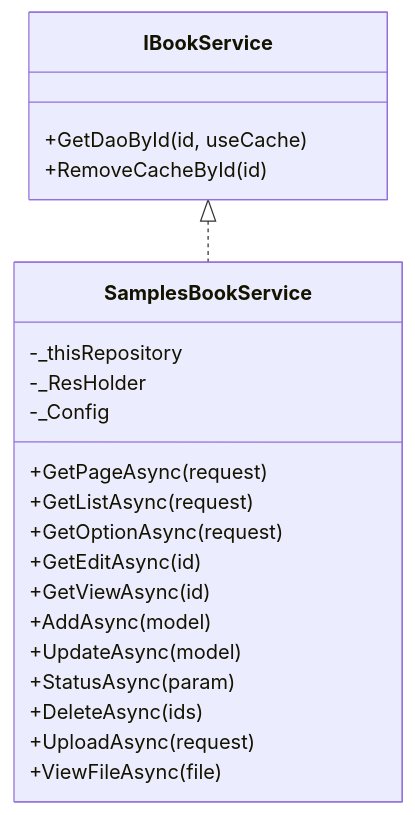
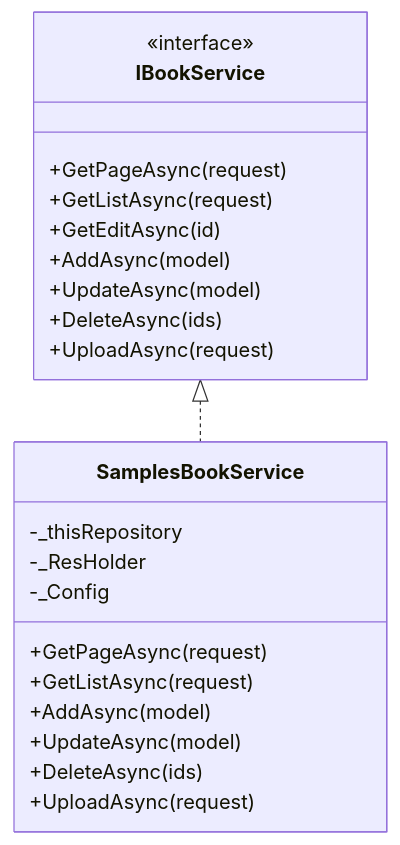
Before and after one commit to leadiot/Scm.Net: the second of 3 diagrams in .qoder/repowiki/zh/content/快速开始.md, drawn with Mermaid. The commit also changed other lines of this file and 126 other files, not shown here.

````diff
--- a/.qoder/repowiki/zh/content/快速开始.md
+++ b/.qoder/repowiki/zh/content/快速开始.md
@@ -205,24 +221,25 @@
 ```mermaid
 classDiagram
 class IBookService {
-+GetDaoById(id, useCache)
-+RemoveCacheById(id)
+<<interface>>
++GetPageAsync(request)
++GetListAsync(request)
++GetEditAsync(id)
++AddAsync(model)
++UpdateAsync(model)
++DeleteAsync(ids)
++UploadAsync(request)
 }
 class SamplesBookService {
 -_thisRepository
 -_ResHolder
 -_Config
 +GetPageAsync(request)
 +GetListAsync(request)
-+GetOptionAsync(request)
-+GetEditAsync(id)
-+GetViewAsync(id)
 +AddAsync(model)
 +UpdateAsync(model)
-+StatusAsync(param)
 +DeleteAsync(ids)
 +UploadAsync(request)
-+ViewFileAsync(file)
 }
 IBookService <|.. SamplesBookService
 ```
````
